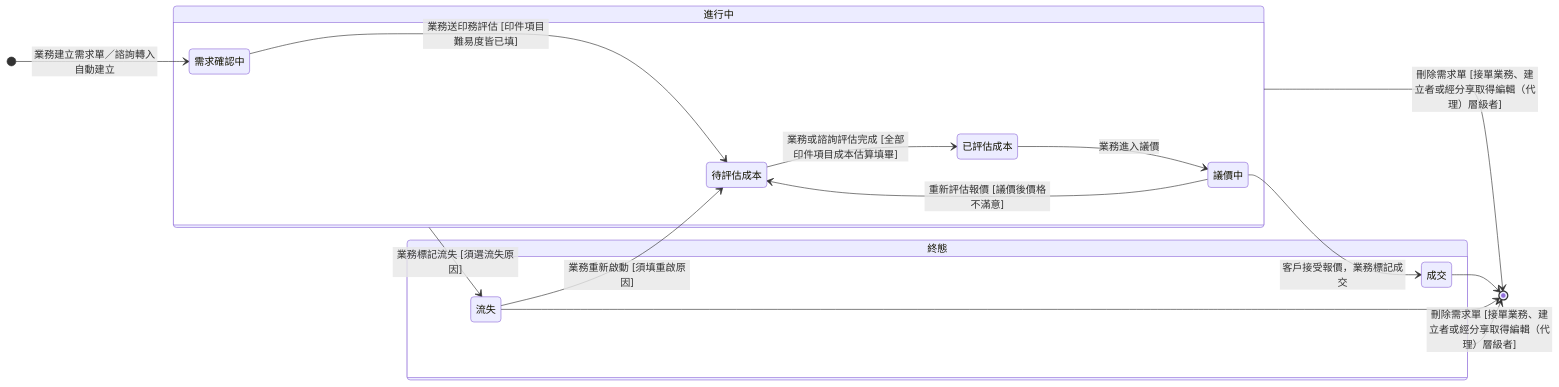
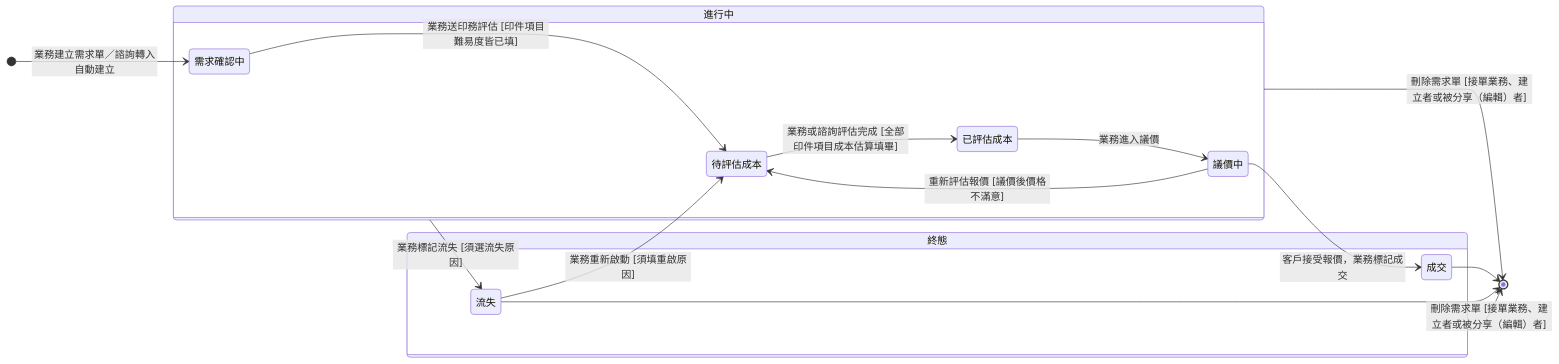
The diagram in memory/Sens_wiki/wiki/erp/06-state-machines/需求單狀態.md (Kawato-Miles/erp-spec), drawn with Mermaid before and after one commit. The commit also changed other lines of this file and 63 other files, not shown here.

````diff
--- a/memory/Sens_wiki/wiki/erp/06-state-machines/需求單狀態.md
+++ b/memory/Sens_wiki/wiki/erp/06-state-machines/需求單狀態.md
@@ -42,32 +43,32 @@
 ```mermaid
 stateDiagram-v2
     direction LR
 
     [*] --> s_confirm : 業務建立需求單／諮詢轉入自動建立
 
     state "進行中" as InProgress {
         direction LR
         state "需求確認中" as s_confirm
         state "待評估成本" as s_wait
         state "已評估成本" as s_est
         state "議價中" as s_nego
         s_confirm --> s_wait : 業務送印務評估 [印件項目難易度皆已填]
         s_wait --> s_est : 業務或諮詢評估完成 [全部印件項目成本估算填畢]
         s_est --> s_nego : 業務進入議價
         s_nego --> s_wait : 重新評估報價 [議價後價格不滿意]
     }
 
     state "終態" as Final {
         state "成交" as s_won
         state "流失" as s_lost
     }
 
     s_nego --> s_won : 客戶接受報價，業務標記成交
     InProgress --> s_lost : 業務標記流失 [須選流失原因]
     s_lost --> s_wait : 業務重新啟動 [須填重啟原因]
 
     s_won --> [*]
     s_lost --> [*]
-    InProgress --> [*] : 刪除需求單 [接單業務、建立者或經分享取得編輯（代理）層級者]
-    Final --> [*] : 刪除需求單 [接單業務、建立者或經分享取得編輯（代理）層級者]
+    InProgress --> [*] : 刪除需求單 [接單業務、建立者或被分享（編輯）者]
+    Final --> [*] : 刪除需求單 [接單業務、建立者或被分享（編輯）者]
 ```
````
